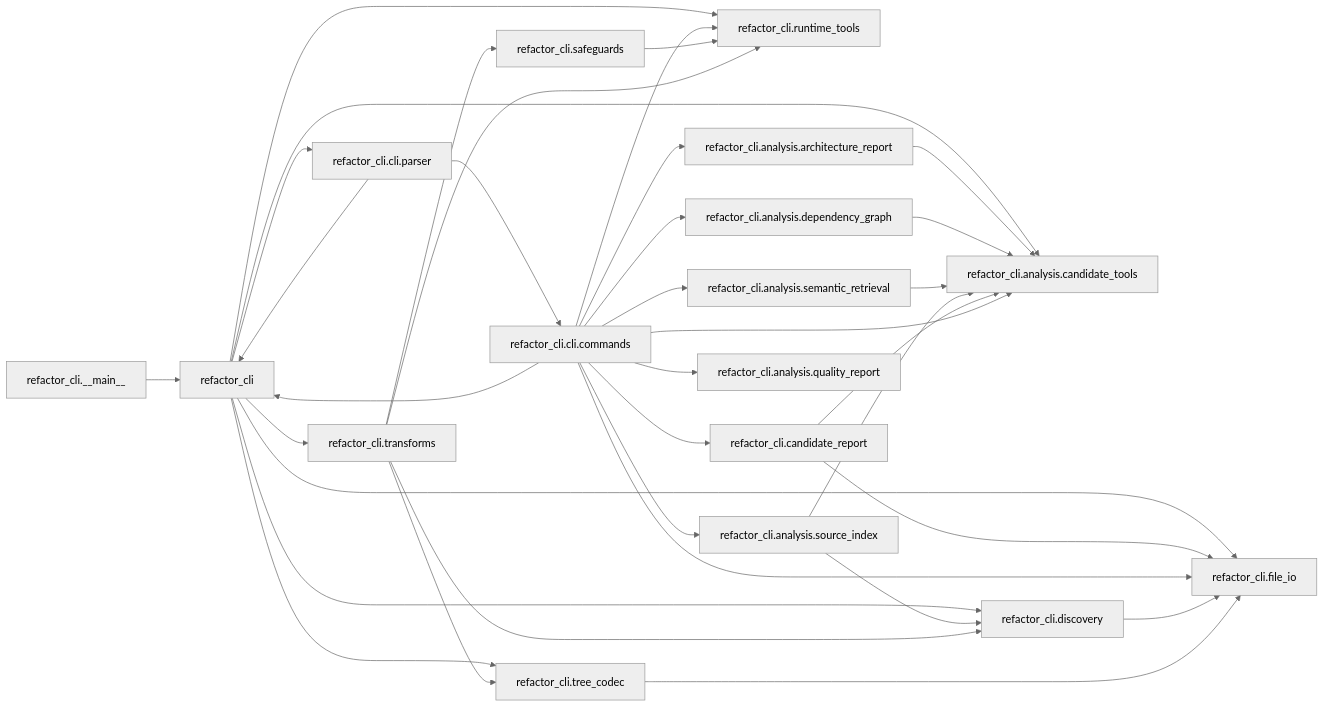
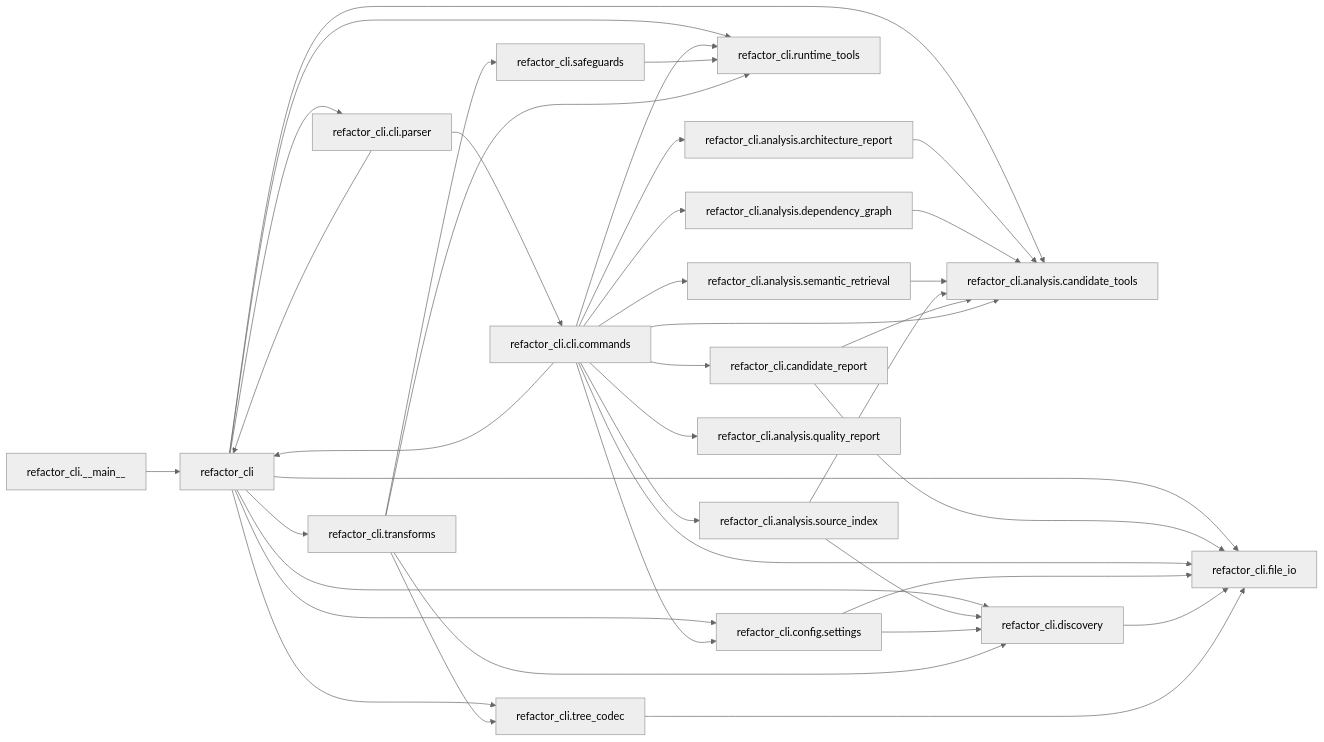
One commit to scl2bp/refactor_cli changed the diagram in .refactor/analysis/current/quality.md. Above: the diagram before and after it, drawn with Mermaid (neutral theme). The commit also changed other lines of this file and 4 other files, not shown here.

````diff
--- a/.refactor/analysis/current/quality.md
+++ b/.refactor/analysis/current/quality.md
@@ -56,54 +58,59 @@
 ```mermaid
 flowchart LR
     refactor_cli --> refactor_cli_analysis_candidate_tools
     refactor_cli --> refactor_cli_cli_parser
+    refactor_cli --> refactor_cli_config_settings
     refactor_cli --> refactor_cli_discovery
     refactor_cli --> refactor_cli_file_io
     refactor_cli --> refactor_cli_runtime_tools
     refactor_cli --> refactor_cli_transforms
     refactor_cli --> refactor_cli_tree_codec
     refactor_cli___main__ --> refactor_cli
     refactor_cli_analysis_architecture_report --> refactor_cli_analysis_candidate_tools
     refactor_cli_analysis_dependency_graph --> refactor_cli_analysis_candidate_tools
     refactor_cli_analysis_semantic_retrieval --> refactor_cli_analysis_candidate_tools
     refactor_cli_analysis_source_index --> refactor_cli_analysis_candidate_tools
     refactor_cli_analysis_source_index --> refactor_cli_discovery
     refactor_cli_candidate_report --> refactor_cli_analysis_candidate_tools
     refactor_cli_candidate_report --> refactor_cli_file_io
     refactor_cli_cli_commands --> refactor_cli
     refactor_cli_cli_commands --> refactor_cli_analysis_architecture_report
     refactor_cli_cli_commands --> refactor_cli_analysis_candidate_tools
     refactor_cli_cli_commands --> refactor_cli_analysis_dependency_graph
     refactor_cli_cli_commands --> refactor_cli_analysis_quality_report
     refactor_cli_cli_commands --> refactor_cli_analysis_semantic_retrieval
     refactor_cli_cli_commands --> refactor_cli_analysis_source_index
     refactor_cli_cli_commands --> refactor_cli_candidate_report
+    refactor_cli_cli_commands --> refactor_cli_config_settings
     refactor_cli_cli_commands --> refactor_cli_file_io
     refactor_cli_cli_commands --> refactor_cli_runtime_tools
     refactor_cli_cli_parser --> refactor_cli
     refactor_cli_cli_parser --> refactor_cli_cli_commands
+    refactor_cli_config_settings --> refactor_cli_discovery
+    refactor_cli_config_settings --> refactor_cli_file_io
     refactor_cli_discovery --> refactor_cli_file_io
     refactor_cli_safeguards --> refactor_cli_runtime_tools
     refactor_cli_transforms --> refactor_cli_discovery
     refactor_cli_transforms --> refactor_cli_runtime_tools
     refactor_cli_transforms --> refactor_cli_safeguards
     refactor_cli_transforms --> refactor_cli_tree_codec
     refactor_cli_tree_codec --> refactor_cli_file_io
     refactor_cli[refactor_cli]
     refactor_cli___main__[refactor_cli.__main__]
     refactor_cli_analysis_architecture_report[refactor_cli.analysis.architecture_report]
     refactor_cli_analysis_candidate_tools[refactor_cli.analysis.candidate_tools]
     refactor_cli_analysis_dependency_graph[refactor_cli.analysis.dependency_graph]
     refactor_cli_analysis_quality_report[refactor_cli.analysis.quality_report]
     refactor_cli_analysis_semantic_retrieval[refactor_cli.analysis.semantic_retrieval]
     refactor_cli_analysis_source_index[refactor_cli.analysis.source_index]
     refactor_cli_candidate_report[refactor_cli.candidate_report]
     refactor_cli_cli_commands[refactor_cli.cli.commands]
     refactor_cli_cli_parser[refactor_cli.cli.parser]
+    refactor_cli_config_settings[refactor_cli.config.settings]
     refactor_cli_discovery[refactor_cli.discovery]
     refactor_cli_file_io[refactor_cli.file_io]
     refactor_cli_runtime_tools[refactor_cli.runtime_tools]
     refactor_cli_safeguards[refactor_cli.safeguards]
     refactor_cli_transforms[refactor_cli.transforms]
     refactor_cli_tree_codec[refactor_cli.tree_codec]
 ```
````
